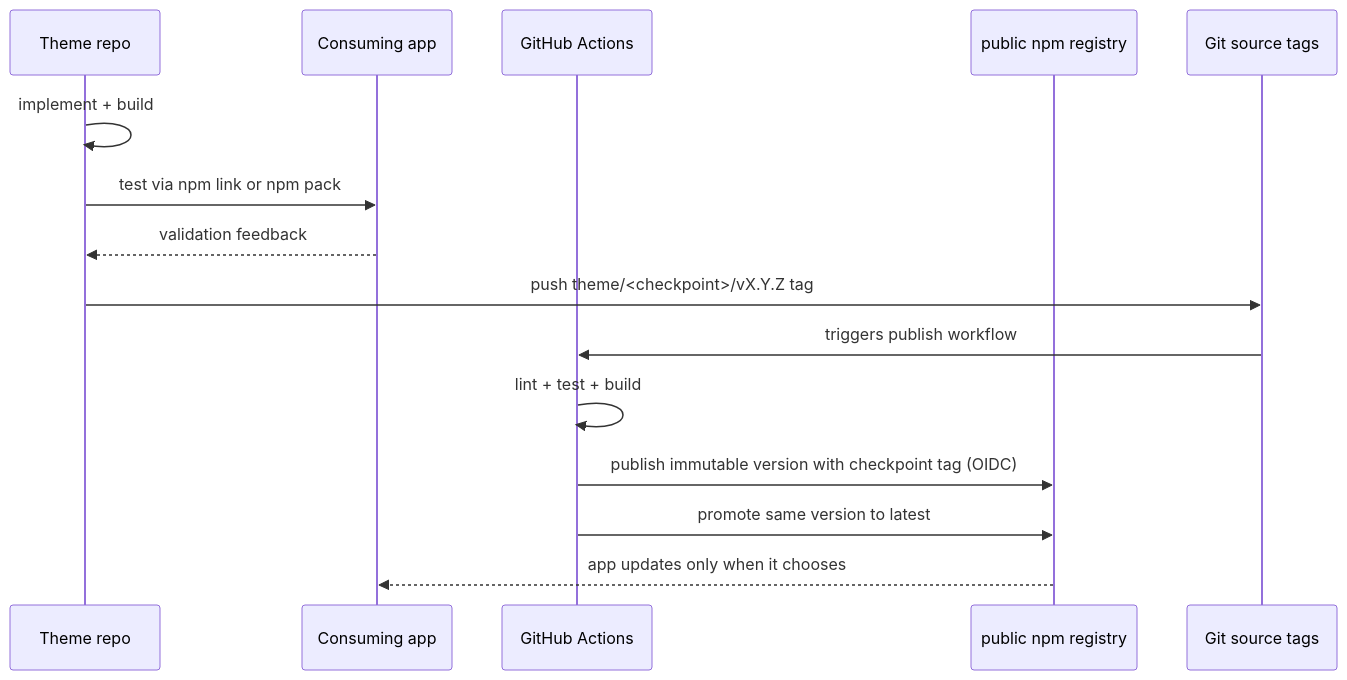
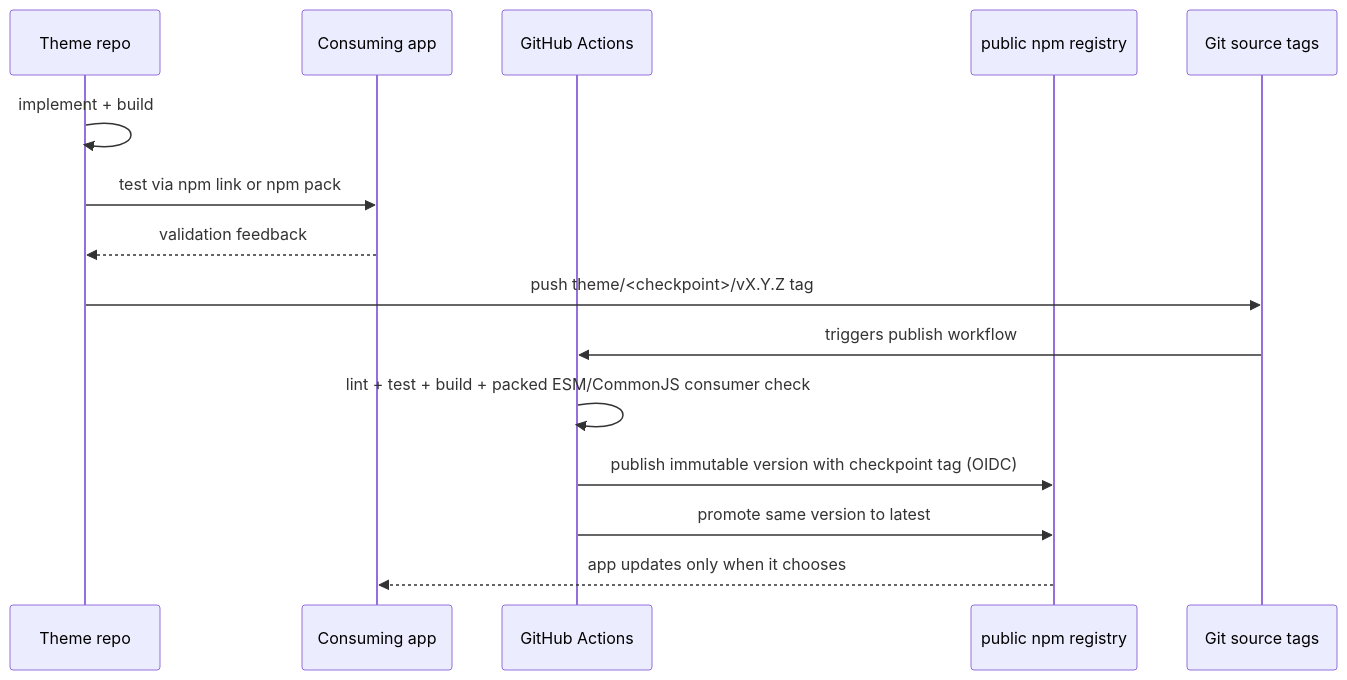
Before and after one commit to inRiver/inflow-react: the second of 2 diagrams in docs/VERSIONING.md, drawn with Mermaid. The commit also changed other lines of this file and 6 other files, not shown here.

````diff
--- a/docs/VERSIONING.md
+++ b/docs/VERSIONING.md
@@ -93,18 +104,18 @@
 ```mermaid
 sequenceDiagram
   participant Theme as Theme repo
   participant App as Consuming app
   participant CI as GitHub Actions
   participant Feed as public npm registry
   participant Git as Git source tags
 
   Theme->>Theme: implement + build
   Theme->>App: test via npm link or npm pack
   App-->>Theme: validation feedback
   Theme->>Git: push theme/<checkpoint>/vX.Y.Z tag
   Git->>CI: triggers publish workflow
-  CI->>CI: lint + test + build
+  CI->>CI: lint + test + build + packed ESM/CommonJS consumer check
   CI->>Feed: publish immutable version with checkpoint tag (OIDC)
   CI->>Feed: promote same version to latest
   Feed-->>App: app updates only when it chooses
 ```
````
